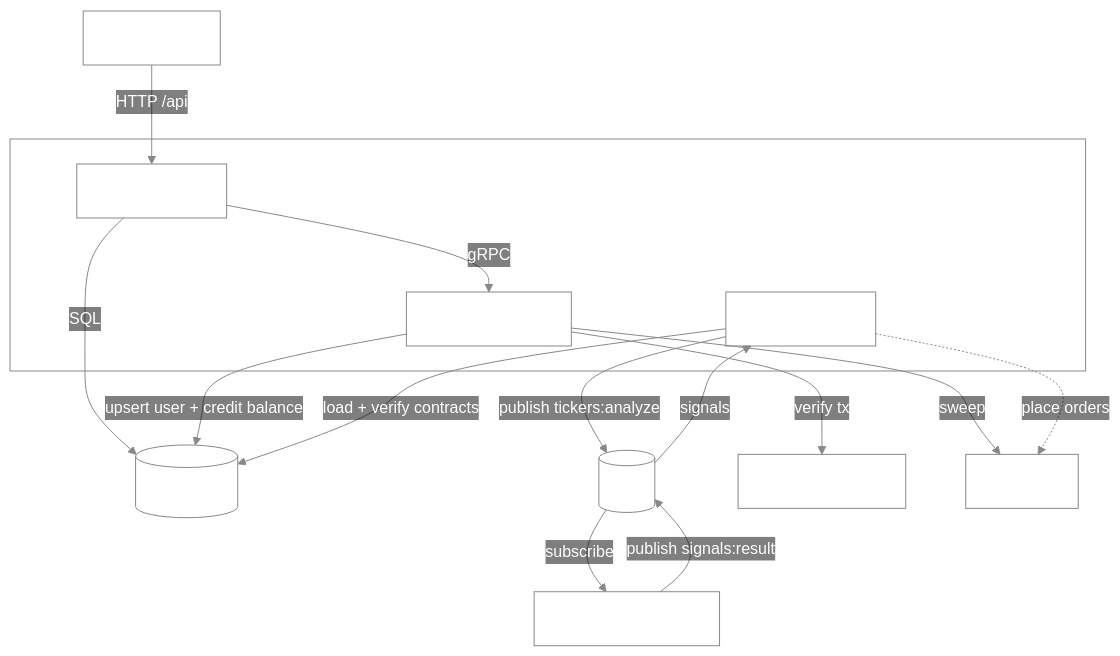
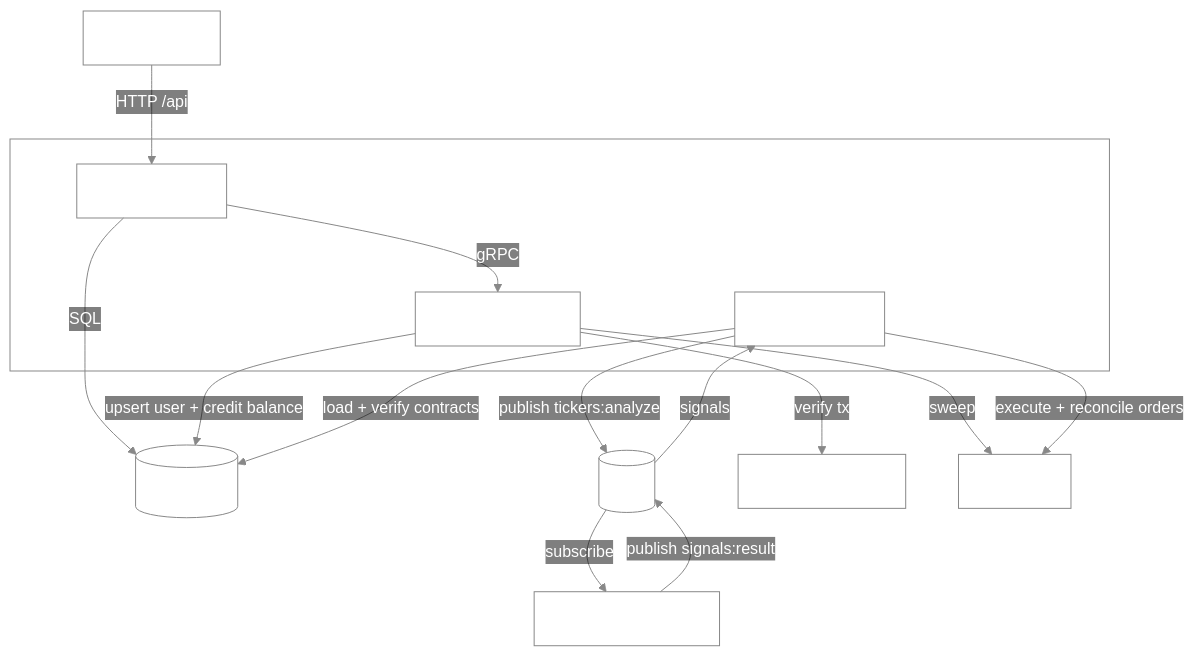
One commit to N-Choo/CoinBot.v3 changed the first of 5 diagrams in README.md. Above: the diagram before and after it, drawn with Mermaid. The commit also changed other lines of this file and 5 other files, not shown here.

````diff
--- a/README.md
+++ b/README.md
@@ -29,35 +29,35 @@
 ```mermaid
 %%{init: {"theme":"base","themeVariables":{"clusterBkg":"transparent","clusterBorder":"#888","lineColor":"#888","primaryTextColor":"#fff","tertiaryTextColor":"#fff","edgeLabelBackground":"transparent"}}}%%
 flowchart TB
     classDef plain fill:transparent,stroke:#888,color:#fff;
 
     UI["React SPA"]
 
     subgraph rust["Rust services"]
         GW["api_gateway"]
         DW["deposit-worker"]
         TE["trade-engine"]
     end
 
     AN["analyzer (Python)"]
     DB[("PostgreSQL")]
     RD[("Redis")]
     ETH["Ethereum RPC"]
     KC["KuCoin"]
 
     UI -->|"HTTP /api"| GW
     GW -->|"SQL"| DB
     GW -->|"gRPC"| DW
     DW -->|"verify tx"| ETH
     DW -->|"sweep"| KC
     DW -->|"upsert user + credit balance"| DB
 
     TE -->|"publish tickers:analyze"| RD
     RD -->|"subscribe"| AN
     AN -->|"publish signals:result"| RD
     RD -->|"signals"| TE
     TE -->|"load + verify contracts"| DB
-    TE -.->|"place orders"| KC
+    TE -->|"execute + reconcile orders"| KC
 
     class UI,GW,DW,TE,AN,DB,RD,ETH,KC plain;
 ```
````
